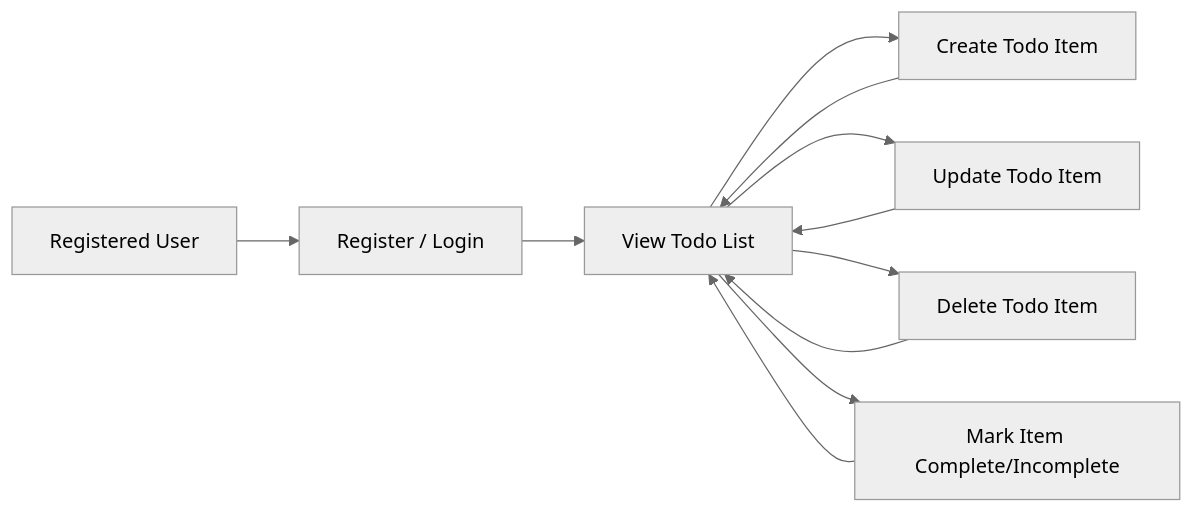
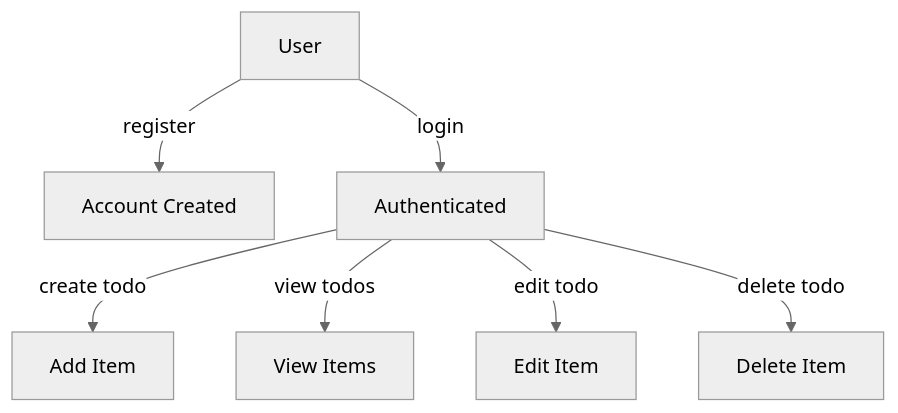
One commit to wrtnlabs/autobe-examples changed the diagram in openai/gpt-4.1/todo/docs/analysis/01-service-overview.md. Above: the diagram before and after it, drawn with Mermaid (neutral theme). The commit also changed other lines of this file and 1725 other files, not shown here.

````diff
--- a/openai/gpt-4.1/todo/docs/analysis/01-service-overview.md
+++ b/openai/gpt-4.1/todo/docs/analysis/01-service-overview.md
@@ -57,13 +63,9 @@
 ```mermaid
-graph LR
-    A["Registered User"] --> B["Register / Login"]
-    B --> C["View Todo List"]
-    C --> D["Create Todo Item"]
-    C --> E["Update Todo Item"]
-    C --> F["Delete Todo Item"]
-    C --> G["Mark Item Complete/Incomplete"]
-    D --> C
-    E --> C
-    F --> C
-    G --> C
+graph TD
+  U["User"] -->|"register"| R["Account Created"]
+  U -->|"login"| S["Authenticated"]
+  S -->|"create todo"| C["Add Item"]
+  S -->|"view todos"| V["View Items"]
+  S -->|"edit todo"| E["Edit Item"]
+  S -->|"delete todo"| D["Delete Item"]
 ```
````
